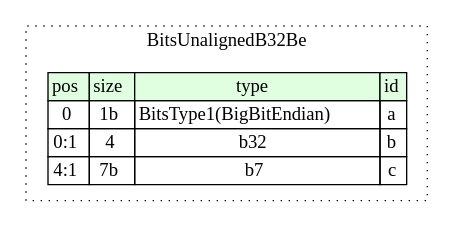
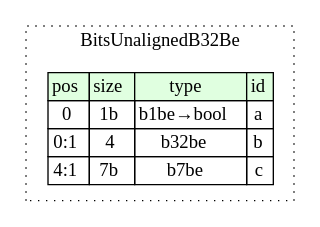
The diagram in compiled/graphviz/bits_unaligned_b32_be.dot (kaitai-io/ci_targets), drawn with Graphviz before and after one commit. The commit also changed 209 other files, not shown here.

```diff
--- a/compiled/graphviz/bits_unaligned_b32_be.dot
+++ b/compiled/graphviz/bits_unaligned_b32_be.dot
@@ -1,15 +1,15 @@
 digraph {
 	rankdir=LR;
 	node [shape=plaintext];
 	subgraph cluster__bits_unaligned_b32_be {
 		label="BitsUnalignedB32Be";
 		graph[style=dotted];
 
 		bits_unaligned_b32_be__seq [label=<<TABLE BORDER="0" CELLBORDER="1" CELLSPACING="0">
 			<TR><TD BGCOLOR="#E0FFE0">pos</TD><TD BGCOLOR="#E0FFE0">size</TD><TD BGCOLOR="#E0FFE0">type</TD><TD BGCOLOR="#E0FFE0">id</TD></TR>
-			<TR><TD PORT="a_pos">0</TD><TD PORT="a_size">1b</TD><TD>BitsType1(BigBitEndian)</TD><TD PORT="a_type">a</TD></TR>
-			<TR><TD PORT="b_pos">0:1</TD><TD PORT="b_size">4</TD><TD>b32</TD><TD PORT="b_type">b</TD></TR>
-			<TR><TD PORT="c_pos">4:1</TD><TD PORT="c_size">7b</TD><TD>b7</TD><TD PORT="c_type">c</TD></TR>
+			<TR><TD PORT="a_pos">0</TD><TD PORT="a_size">1b</TD><TD>b1be→bool</TD><TD PORT="a_type">a</TD></TR>
+			<TR><TD PORT="b_pos">0:1</TD><TD PORT="b_size">4</TD><TD>b32be</TD><TD PORT="b_type">b</TD></TR>
+			<TR><TD PORT="c_pos">4:1</TD><TD PORT="c_size">7b</TD><TD>b7be</TD><TD PORT="c_type">c</TD></TR>
 		</TABLE>>];
 	}
 }
```
